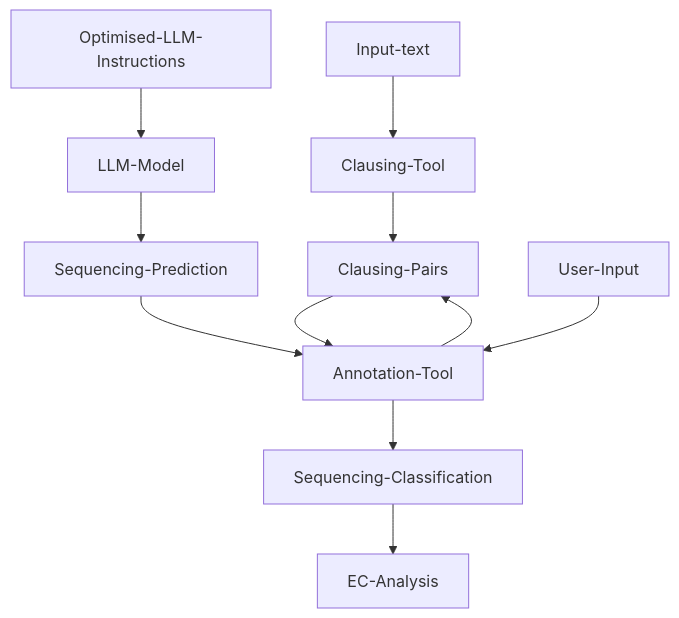
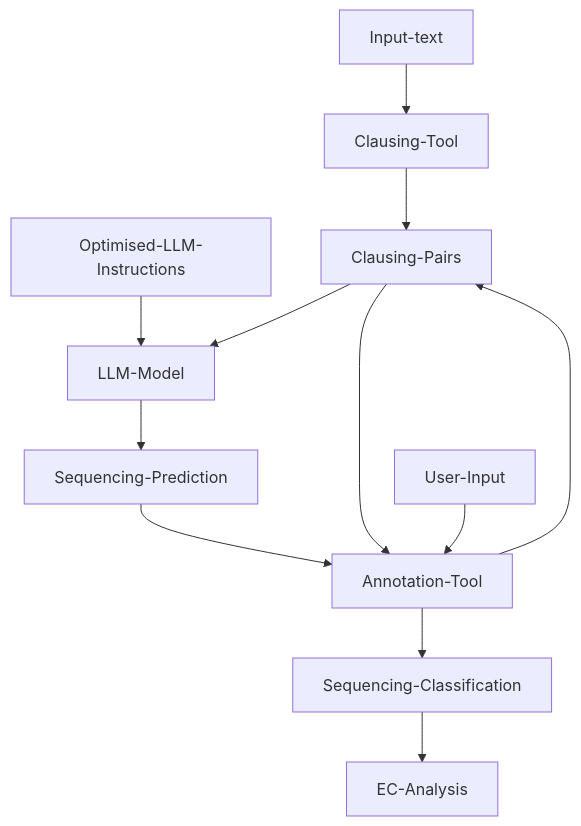
The second of 2 diagrams in README.md (Sydney-Informatics-Hub/LLM-LCT-sequencing), drawn with Mermaid before and after one commit.

Commit message:
Update graph

````diff
--- a/README.md
+++ b/README.md
@@ -44,17 +44,18 @@
 ```mermaid
 graph TD
 
 Input-text --> Clausing-Tool
 Clausing-Tool --> Clausing-Pairs
 Optimised-LLM-Instructions --> LLM-Model
 LLM-Model --> Sequencing-Prediction
 Sequencing-Prediction --> Annotation-Tool
 Clausing-Pairs --> Annotation-Tool
+Clausing-Pairs --> LLM-Model
 Annotation-Tool --> Sequencing-Classification
 User-Input --> Annotation-Tool
 Sequencing-Classification --> EC-Analysis 
 Annotation-Tool --> Clausing-Pairs
 
 
 
 ```
````
